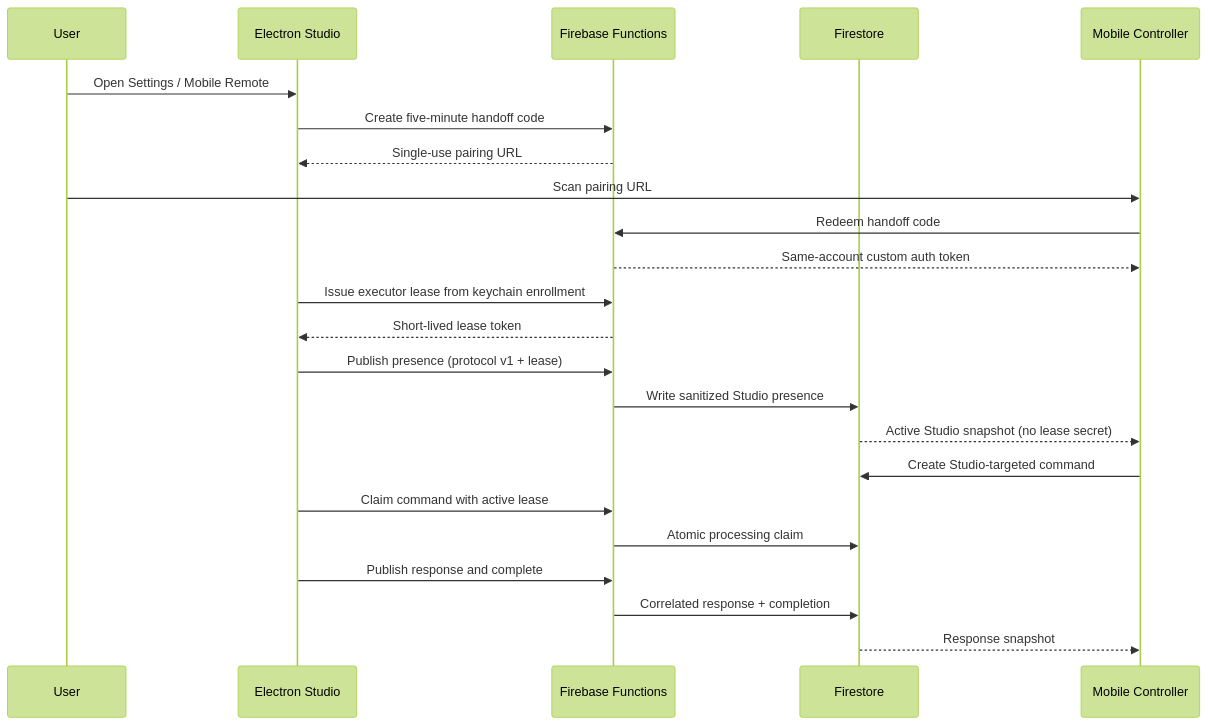
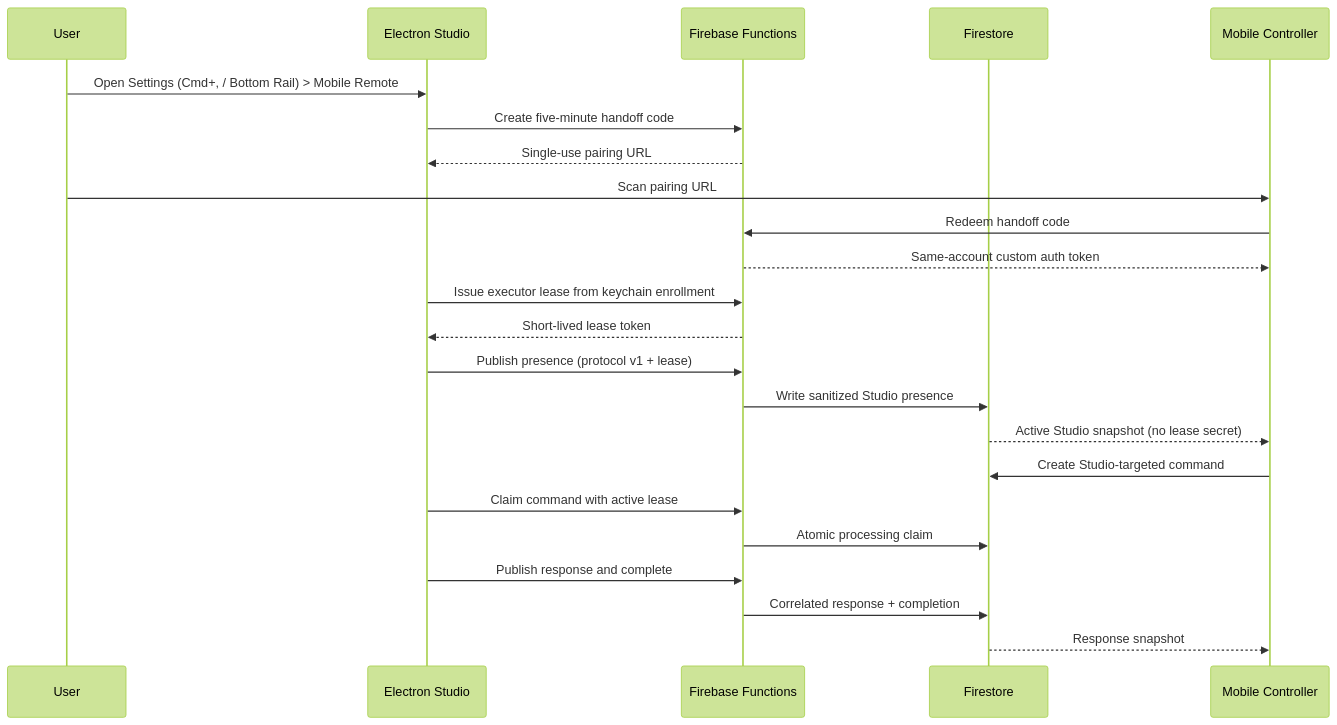
Before and after one commit to indii-music-founder/indii-music-founder: the first of 2 diagrams in docs/flowcharts/mobile-remote-cloud-relay.md, drawn with Mermaid (forest theme). The commit also changed 40 other files, not shown here.

First line of the commit message:
refactor(nav): realign tools to bottom rail, drawers, and departments

````diff
--- a/docs/flowcharts/mobile-remote-cloud-relay.md
+++ b/docs/flowcharts/mobile-remote-cloud-relay.md
@@ -3,26 +3,26 @@
 ```mermaid
 sequenceDiagram
     participant U as User
     participant S as Electron Studio
     participant F as Firebase Functions
     participant D as Firestore
     participant C as Mobile Controller
 
-    U->>S: Open Settings / Mobile Remote
+    U->>S: Open Settings (Cmd+, / Bottom Rail) > Mobile Remote
     S->>F: Create five-minute handoff code
     F-->>S: Single-use pairing URL
     U->>C: Scan pairing URL
     C->>F: Redeem handoff code
     F-->>C: Same-account custom auth token
     S->>F: Issue executor lease from keychain enrollment
     F-->>S: Short-lived lease token
     S->>F: Publish presence (protocol v1 + lease)
     F->>D: Write sanitized Studio presence
     D-->>C: Active Studio snapshot (no lease secret)
     C->>D: Create Studio-targeted command
     S->>F: Claim command with active lease
     F->>D: Atomic processing claim
     S->>F: Publish response and complete
     F->>D: Correlated response + completion
     D-->>C: Response snapshot
 ```
````
